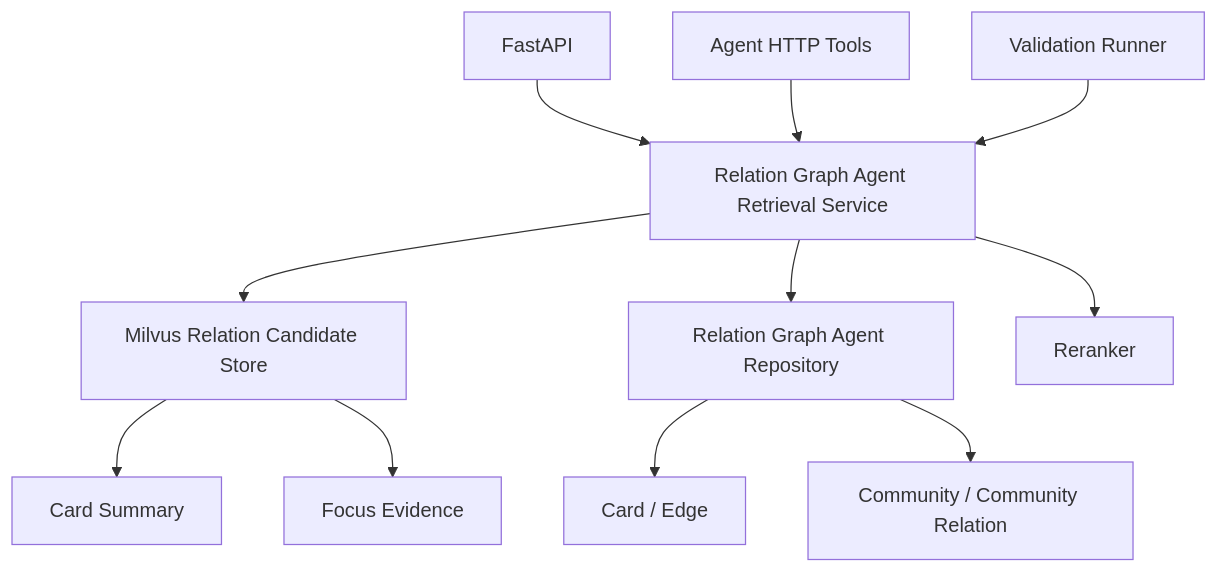
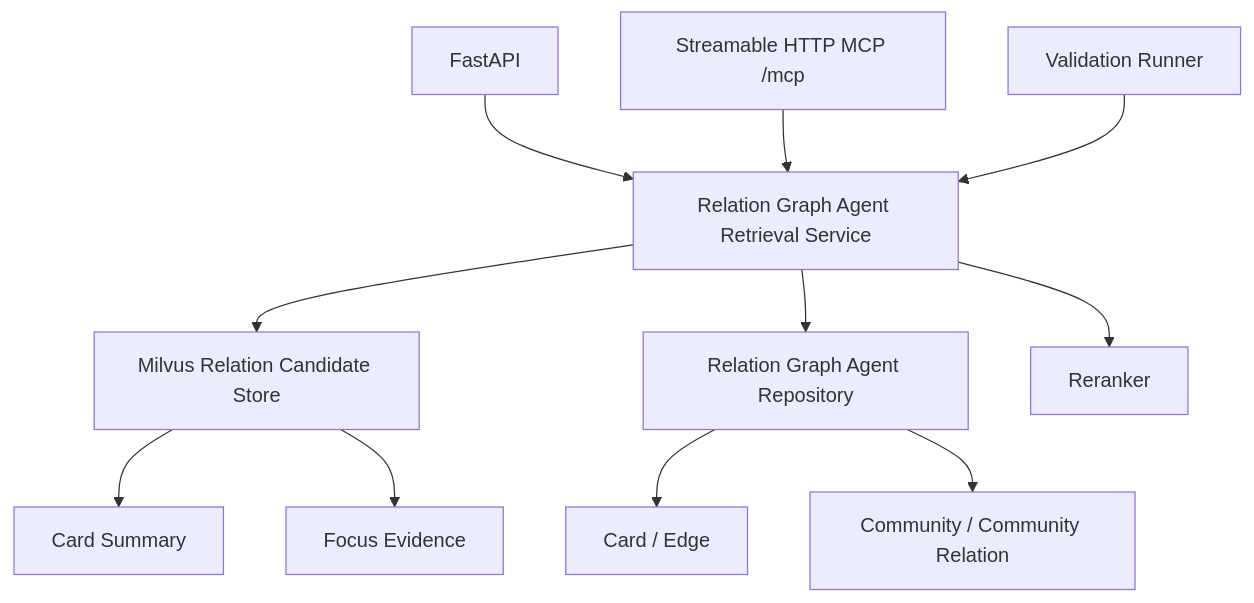
Before and after one commit to qiyuebuku/frida-test: the first of 3 diagrams in smart-fund-server/docs/3. 实施方案/4. 知识图谱/25. 关系图Agent检索工具实施方案.md, drawn with Mermaid. The commit also changed other lines of this file and 2325 other files, not shown here.

````diff
--- a/smart-fund-server/docs/3. 实施方案/4. 知识图谱/25. 关系图Agent检索工具实施方案.md
+++ b/smart-fund-server/docs/3. 实施方案/4. 知识图谱/25. 关系图Agent检索工具实施方案.md
@@ -21,13 +21,13 @@
 ```mermaid
 flowchart TB
     API[FastAPI] --> SVC[Relation Graph Agent Retrieval Service]
-    TOOL[Agent HTTP Tools] --> SVC
+    MCP[Streamable HTTP MCP /mcp] --> SVC
     EVAL[Validation Runner] --> SVC
     SVC --> STORE[Milvus Relation Candidate Store]
     SVC --> REPO[Relation Graph Agent Repository]
     SVC --> RR[Reranker]
     STORE --> M1[Card Summary]
     STORE --> M2[Focus Evidence]
     REPO --> PG1[Card / Edge]
     REPO --> PG2[Community / Community Relation]
 ```
````
